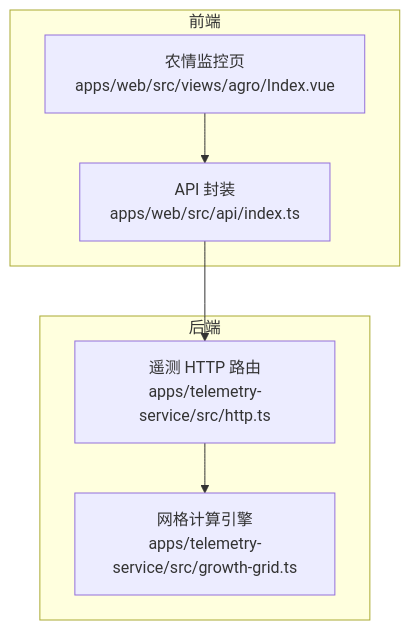
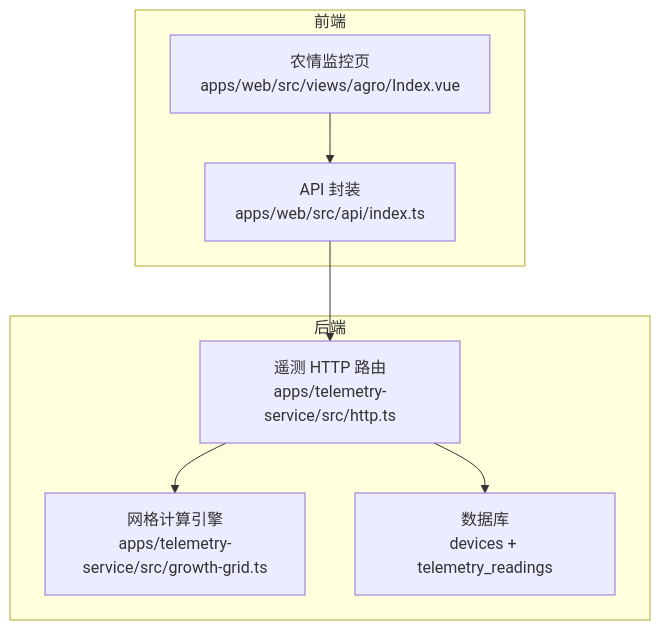
One commit to q446328246/agri-platform changed the first of 8 diagrams in .qoder/repowiki/zh/content/核心服务文档/遥测数据服务/地块生长网格热力图.md. Above: the diagram before and after it, drawn with Mermaid. The commit also changed other lines of this file and 47 other files, not shown here.

````diff
--- a/.qoder/repowiki/zh/content/核心服务文档/遥测数据服务/地块生长网格热力图.md
+++ b/.qoder/repowiki/zh/content/核心服务文档/遥测数据服务/地块生长网格热力图.md
@@ -30,14 +41,16 @@
 ```mermaid
 graph TB
 subgraph "前端"
 WUI["农情监控页<br/>apps/web/src/views/agro/Index.vue"]
 API["API 封装<br/>apps/web/src/api/index.ts"]
 end
 subgraph "后端"
 HTTP["遥测 HTTP 路由<br/>apps/telemetry-service/src/http.ts"]
 GRID["网格计算引擎<br/>apps/telemetry-service/src/growth-grid.ts"]
+DB["数据库<br/>devices + telemetry_readings"]
 end
 WUI --> API
 API --> HTTP
 HTTP --> GRID
+HTTP --> DB
 ```
````
